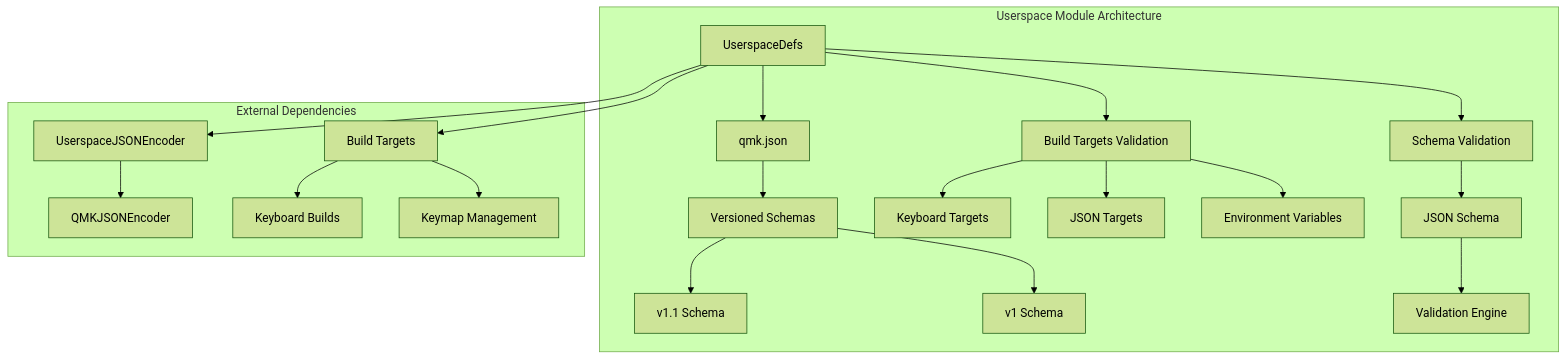
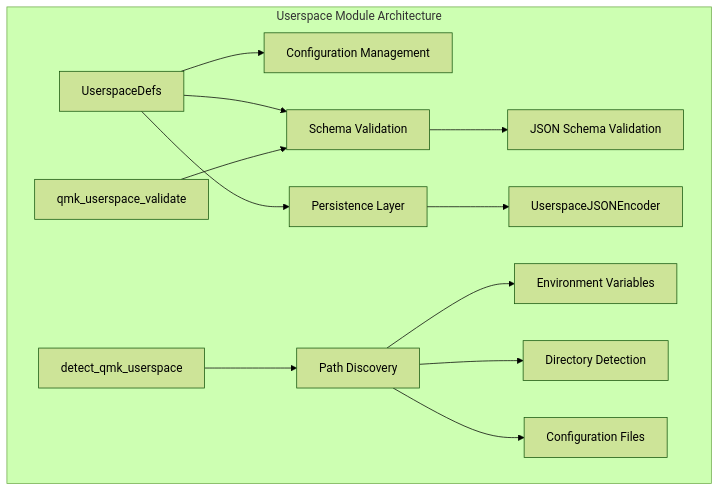
The first of 8 diagrams in docs/qmk--qmk_firmware-docs/userspace.md (FSoft-AI4Code/codewiki-demo), drawn with Mermaid (forest theme) before and after one commit. The commit also changed other lines of this file and 1103 other files, not shown here.

````diff
--- a/docs/qmk--qmk_firmware-docs/userspace.md
+++ b/docs/qmk--qmk_firmware-docs/userspace.md
@@ -13,28 +13,18 @@
 ```mermaid
 graph TB
     subgraph "Userspace Module Architecture"
-        US[UserspaceDefs] --> QJ[qmk.json]
-        US --> BV[Build Targets Validation]
-        US --> SV[Schema Validation]
+        A[UserspaceDefs] --> B[Configuration Management]
+        A --> C[Schema Validation]
+        A --> D[Persistence Layer]
         
-        QJ --> VP[Versioned Schemas]
-        VP --> V11[v1.1 Schema]
-        VP --> V1[v1 Schema]
+        E[qmk_userspace_validate] --> C
+        F[detect_qmk_userspace] --> G[Path Discovery]
         
-        BV --> KT[Keyboard Targets]
-        BV --> JT[JSON Targets]
-        BV --> ET[Environment Variables]
+        C --> H[JSON Schema Validation]
+        D --> I[UserspaceJSONEncoder]
         
-        SV --> JS[JSON Schema]
-        JS --> VE[Validation Engine]
+        G --> J[Environment Variables]
+        G --> K[Directory Detection]
+        G --> L[Configuration Files]
     end
-    
-    subgraph "External Dependencies"
-        UJE[UserspaceJSONEncoder] --> QJE[QMKJSONEncoder]
-        BT[Build Targets] --> KB[Keyboard Builds]
-        BT --> KM[Keymap Management]
-    end
-    
-    US --> UJE
-    US --> BT
 ```
````
